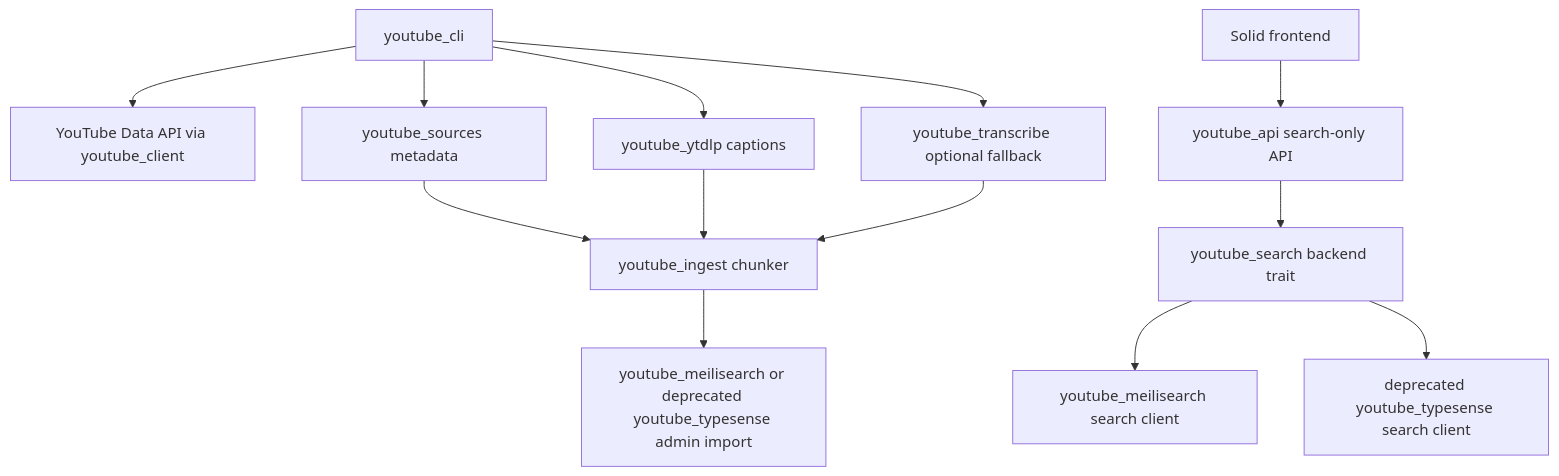
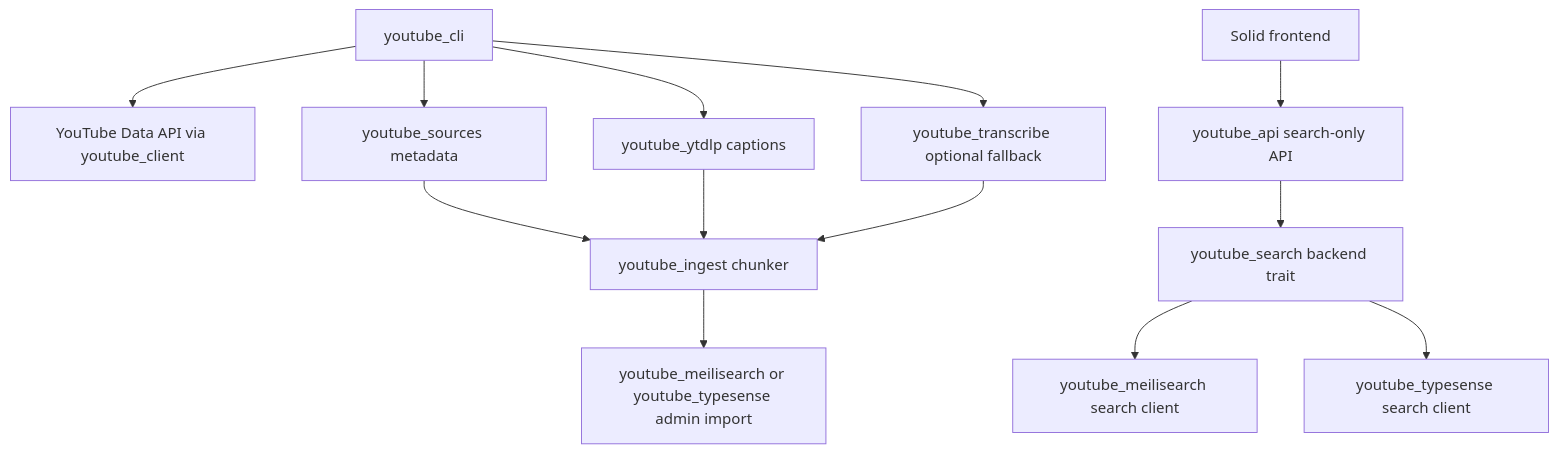
The diagram in docs/architecture.md (Priyansh4444/ytsearch), drawn with Mermaid before and after one commit. The commit also changed other lines of this file and 7 other files, not shown here.

````diff
--- a/docs/architecture.md
+++ b/docs/architecture.md
@@ -24,15 +24,15 @@
 ```mermaid
 flowchart TD
     CLI[youtube_cli] --> YT[YouTube Data API via youtube_client]
     CLI --> META[youtube_sources metadata]
     CLI --> CAP[youtube_ytdlp captions]
     CLI --> VOX[youtube_transcribe optional fallback]
     META --> ING[youtube_ingest chunker]
     CAP --> ING
     VOX --> ING
-    ING --> SEARCHADMIN[youtube_meilisearch or deprecated youtube_typesense admin import]
+    ING --> SEARCHADMIN[youtube_meilisearch or youtube_typesense admin import]
     API[youtube_api search-only API] --> SEARCH[youtube_search backend trait]
     SEARCH --> MEILI[youtube_meilisearch search client]
-    SEARCH --> TYPESENSE[deprecated youtube_typesense search client]
+    SEARCH --> TYPESENSE[youtube_typesense search client]
     WEB[Solid frontend] --> API
 ```
````
